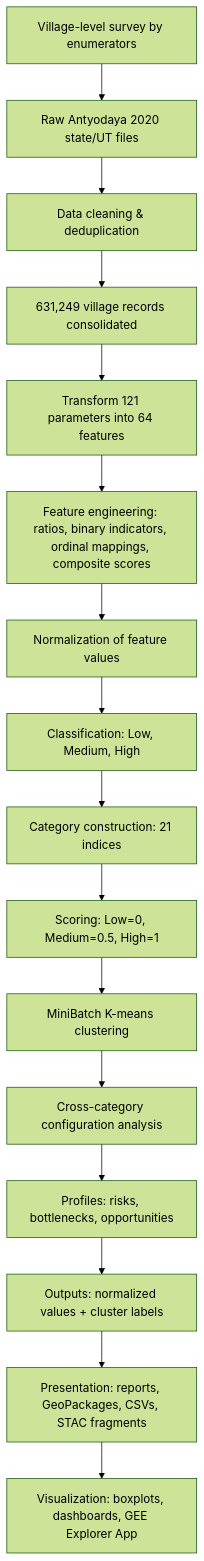
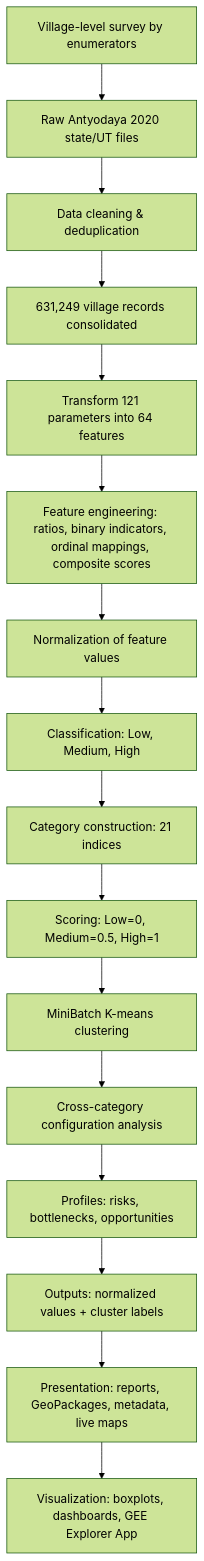
The first of 2 diagrams in computing/misc/antyodaya/README.md (core-stack-org/core-stack-backend), drawn with Mermaid (forest theme) before and after one commit. The commit also changed other lines of this file and 16 other files, not shown here.

````diff
--- a/computing/misc/antyodaya/README.md
+++ b/computing/misc/antyodaya/README.md
@@ -45,18 +45,18 @@
 ```mermaid
 flowchart TD
     A[Village-level survey by enumerators] --> B[Raw Antyodaya 2020 state/UT files]
     B --> C[Data cleaning & deduplication]
     C --> D[631,249 village records consolidated]
     D --> E[Transform 121 parameters into 64 features]
     E --> F[Feature engineering: ratios, binary indicators, ordinal mappings, composite scores]
     F --> G[Normalization of feature values]
     G --> H[Classification: Low, Medium, High]
     H --> I[Category construction: 21 indices]
     I --> J[Scoring: Low=0, Medium=0.5, High=1]
     J --> K[MiniBatch K-means clustering]
     K --> L[Cross-category configuration analysis]
     L --> M[Profiles: risks, bottlenecks, opportunities]
     M --> N[Outputs: normalized values + cluster labels]
-    N --> O[Presentation: reports, GeoPackages, CSVs, STAC fragments]
+    N --> O[Presentation: reports, GeoPackages, metadata, live maps]
     O --> P[Visualization: boxplots, dashboards, GEE Explorer App]
 ```
````
